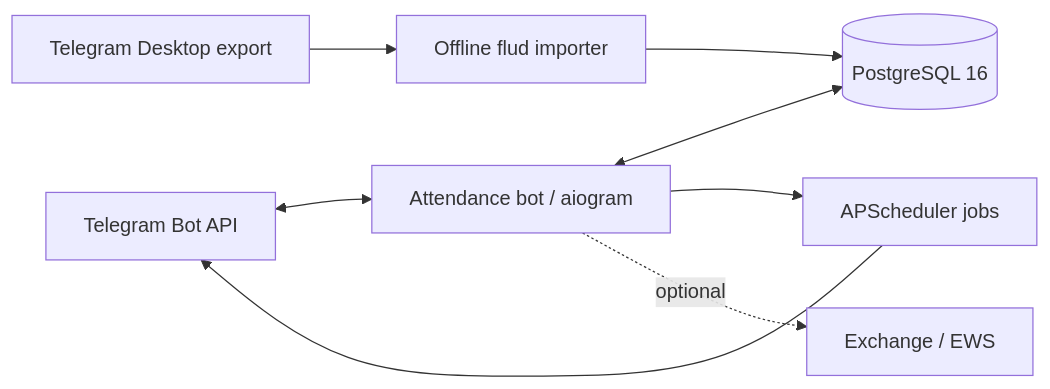
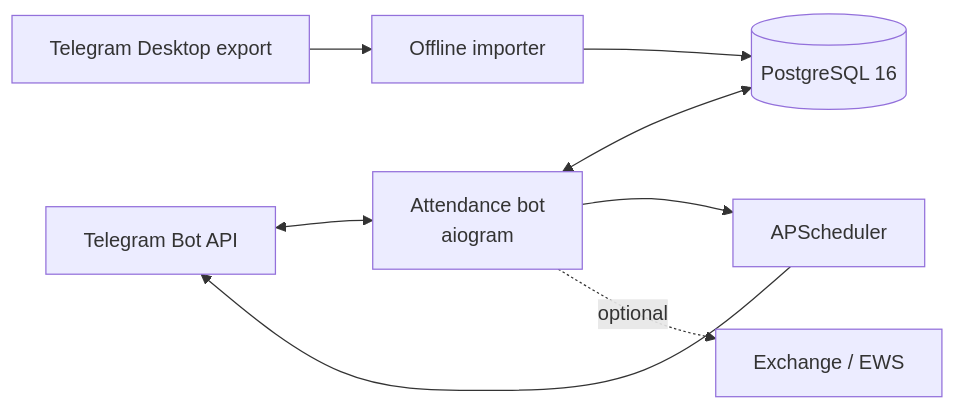
Before and after one commit to leputain/scew: the diagram in README.md, drawn with Mermaid. The commit also changed other lines of this file and 5 other files, not shown here.

````diff
--- a/README.md
+++ b/README.md
@@ -26,10 +62,10 @@
 ```mermaid
 flowchart LR
-    TG["Telegram Bot API"] <--> BOT["Attendance bot / aiogram"]
+    TG["Telegram Bot API"] <--> BOT["Attendance bot<br/>aiogram"]
     BOT <--> DB[("PostgreSQL 16")]
-    BOT --> JOBS["APScheduler jobs"]
+    BOT --> JOBS["APScheduler"]
     JOBS --> TG
     BOT -. optional .-> EWS["Exchange / EWS"]
-    EXPORT["Telegram Desktop export"] --> IMPORT["Offline flud importer"]
+    EXPORT["Telegram Desktop export"] --> IMPORT["Offline importer"]
     IMPORT --> DB
 ```
````
